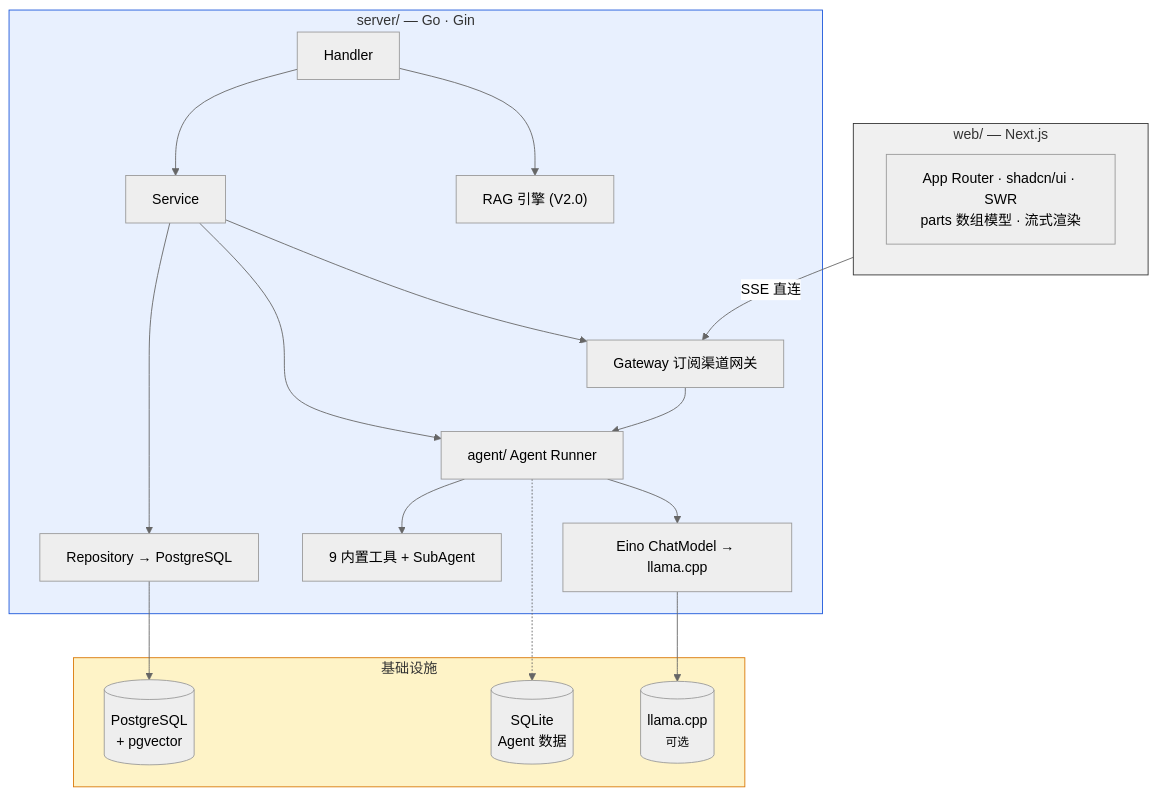
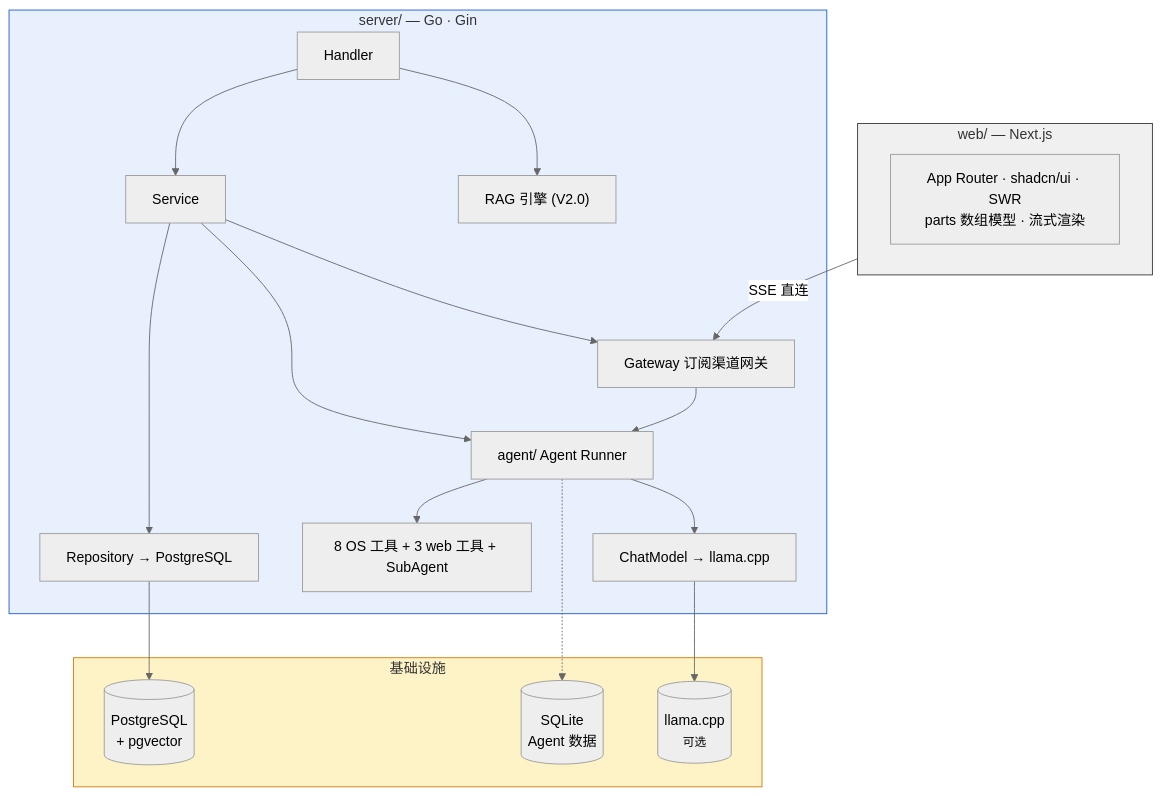
The third of 4 diagrams in README.md (int2t05/Cognik), drawn with Mermaid (neutral theme) before and after one commit. The commit also changed other lines of this file, not shown here.

First line of the commit message:
docs(readme): 更新 V1.4——自建 Loop + SubAgent 异步 + 深度搜索工具链

````diff
--- a/README.md
+++ b/README.md
@@ -64,29 +64,29 @@
 ```mermaid
 graph TB
     subgraph Frontend["web/ — Next.js"]
         UI["App Router · shadcn/ui · SWR<br>parts 数组模型 · 流式渲染"]
     end
     subgraph Backend["server/ — Go · Gin"]
         H["Handler"] --> SVC["Service"]
         SVC --> GW["Gateway 订阅渠道网关"]
         SVC --> AG["agent/ Agent Runner"]
-        AG --> MODEL["Eino ChatModel → llama.cpp"]
-        AG --> TOOLS["9 内置工具 + SubAgent"]
+        AG --> MODEL["ChatModel → llama.cpp"]
+        AG --> TOOLS["8 OS 工具 + 3 web 工具 + SubAgent"]
         SVC --> R["Repository → PostgreSQL"]
         H --> RAG["RAG 引擎 (V2.0)"]
     end
     subgraph Infra["基础设施"]
         PG[("PostgreSQL<br>+ pgvector")]
         SQLite[("SQLite<br>Agent 数据")]
         LLM[("llama.cpp<br><small>可选</small>")]
     end
     Frontend -->|"SSE 直连"| GW
     GW --> AG
     R --> PG
     AG -.-> SQLite
     MODEL --> LLM
 
     style Frontend fill:#f0f0f0,stroke:#333
     style Backend fill:#e8f0fe,stroke:#1a56db
     style Infra fill:#fef3c7,stroke:#d97706
 ```
````
